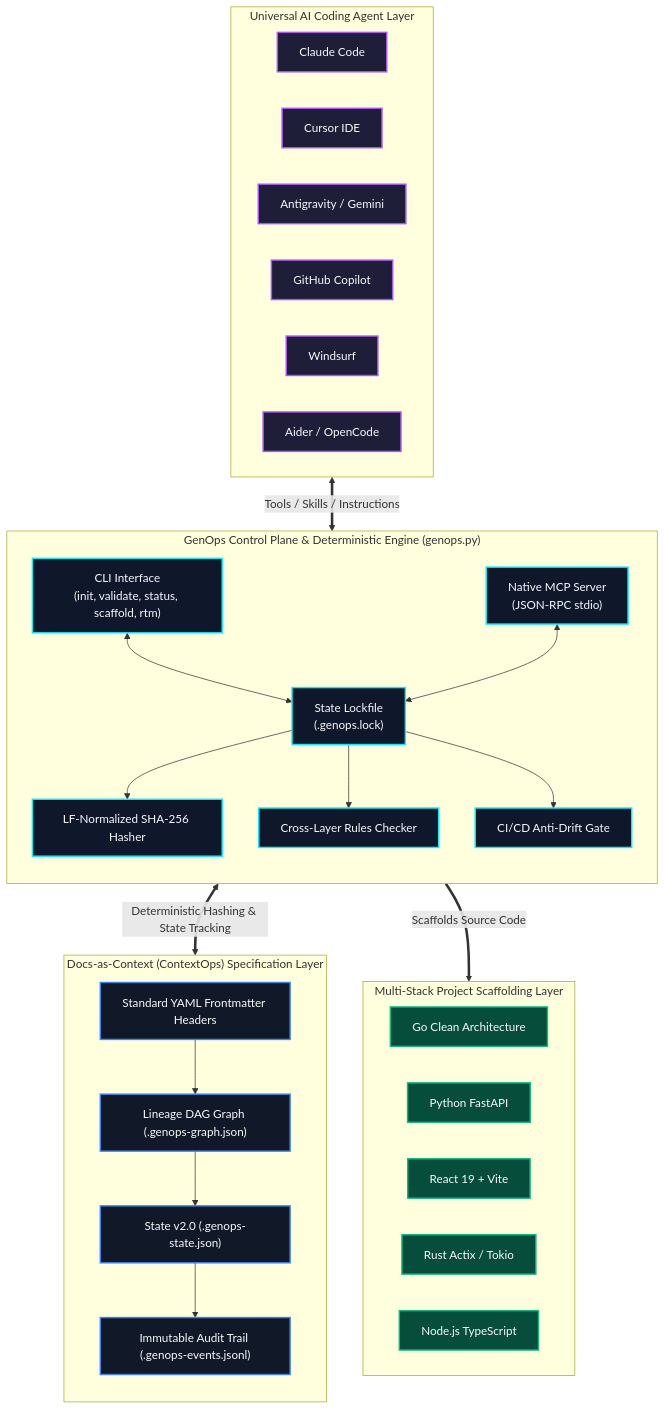
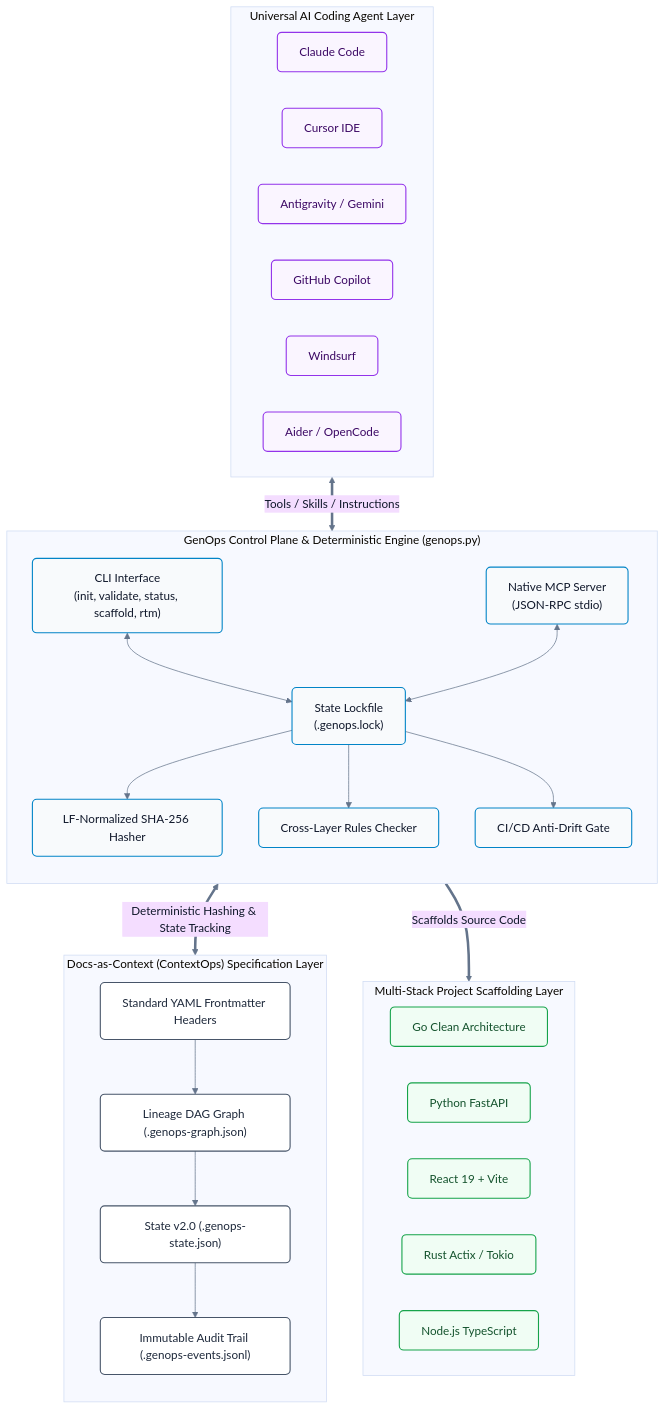
The second of 3 diagrams in README.md (seismael/GenOps), drawn with Mermaid before and after one commit. The commit also changed other lines of this file and 2 other files, not shown here.

Commit message:
docs: establish ContextOps architecture with RFC-001 and documentation for usage workflows and project overview.

````diff
--- a/README.md
+++ b/README.md
@@ -75,62 +79,64 @@
 ```mermaid
+%%{init: {'theme': 'base', 'themeVariables': { 'fontFamily': 'Inter, system-ui, sans-serif', 'lineColor': '#64748b', 'primaryTextColor': '#0f172a' }}}%%
 flowchart TB
     subgraph Agents ["Universal AI Coding Agent Layer"]
         direction LR
         AG1["Claude Code"]
         AG2["Cursor IDE"]
         AG3["Antigravity / Gemini"]
         AG4["GitHub Copilot"]
         AG5["Windsurf"]
         AG6["Aider / OpenCode"]
     end
 
     subgraph Engine ["GenOps Control Plane & Deterministic Engine (genops.py)"]
         direction TB
         CLI["CLI Interface<br/>(init, validate, status, scaffold, rtm)"]
         MCP["Native MCP Server<br/>(JSON-RPC stdio)"]
         HASHER["LF-Normalized SHA-256 Hasher"]
         LOCK["State Lockfile<br/>(.genops.lock)"]
         RULES["Cross-Layer Rules Checker"]
         DRIFT["CI/CD Anti-Drift Gate"]
         
         CLI <--> LOCK
         MCP <--> LOCK
         LOCK --> HASHER
         LOCK --> RULES
         LOCK --> DRIFT
     end
 
     subgraph Specs ["Docs-as-Context (ContextOps) Specification Layer"]
         direction TB
         FRONTMATTER["Standard YAML Frontmatter Headers"]
         DAG["Lineage DAG Graph (.genops-graph.json)"]
         STATE["State v2.0 (.genops-state.json)"]
         EVENTS["Immutable Audit Trail (.genops-events.jsonl)"]
         
         FRONTMATTER --> DAG
         DAG --> STATE
         STATE --> EVENTS
     end
 
     subgraph Output ["Multi-Stack Project Scaffolding Layer"]
         direction LR
         S_GO["Go Clean Architecture"]
         S_PY["Python FastAPI"]
         S_REACT["React 19 + Vite"]
         S_RUST["Rust Actix / Tokio"]
         S_NODE["Node.js TypeScript"]
     end
 
     Agents <==>|"Tools / Skills / Instructions"| Engine
     Engine <==>|"Deterministic Hashing & State Tracking"| Specs
     Engine ==>|"Scaffolds Source Code"| Output
 
-    classDef agentBox fill:#1e1e38,stroke:#a855f7,stroke-width:2px,color:#f8fafc;
-    classDef engineBox fill:#0f172a,stroke:#00f0ff,stroke-width:2px,color:#f8fafc;
-    classDef specBox fill:#111827,stroke:#3b82f6,stroke-width:2px,color:#f8fafc;
-    classDef outBox fill:#064e3b,stroke:#10b981,stroke-width:2px,color:#f8fafc;
+    classDef agentBox fill:#faf5ff,stroke:#9333ea,stroke-width:1.5px,color:#3b0764,rx:6px,ry:6px;
+    classDef engineBox fill:#f8fafc,stroke:#0284c7,stroke-width:1.5px,color:#0f172a,rx:6px,ry:6px;
+    classDef specBox fill:#ffffff,stroke:#475569,stroke-width:1.5px,color:#1e293b,rx:6px,ry:6px;
+    classDef outBox fill:#f0fdf4,stroke:#16a34a,stroke-width:1.5px,color:#14532d,rx:6px,ry:6px;
+    
     class AG1,AG2,AG3,AG4,AG5,AG6 agentBox;
     class CLI,MCP,HASHER,LOCK,RULES,DRIFT engineBox;
     class FRONTMATTER,DAG,STATE,EVENTS specBox;
     class S_GO,S_PY,S_REACT,S_RUST,S_NODE outBox;
 ```
````
